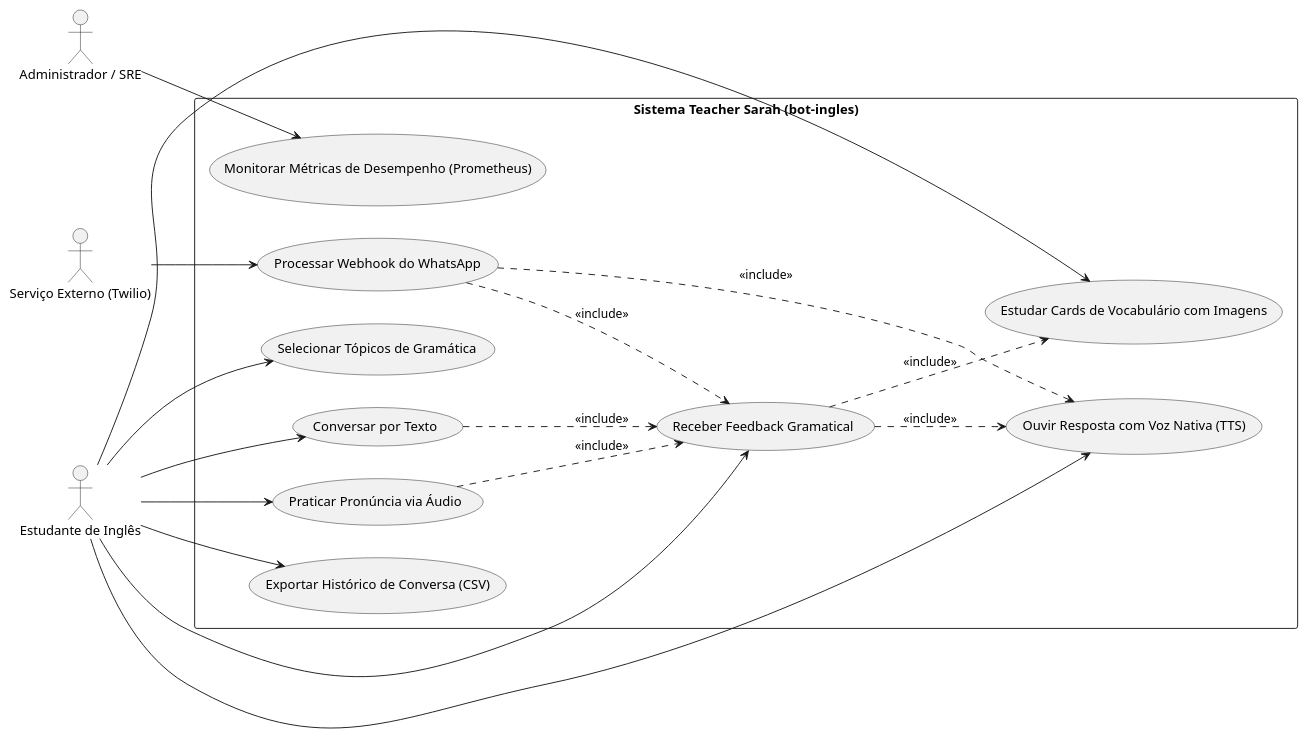
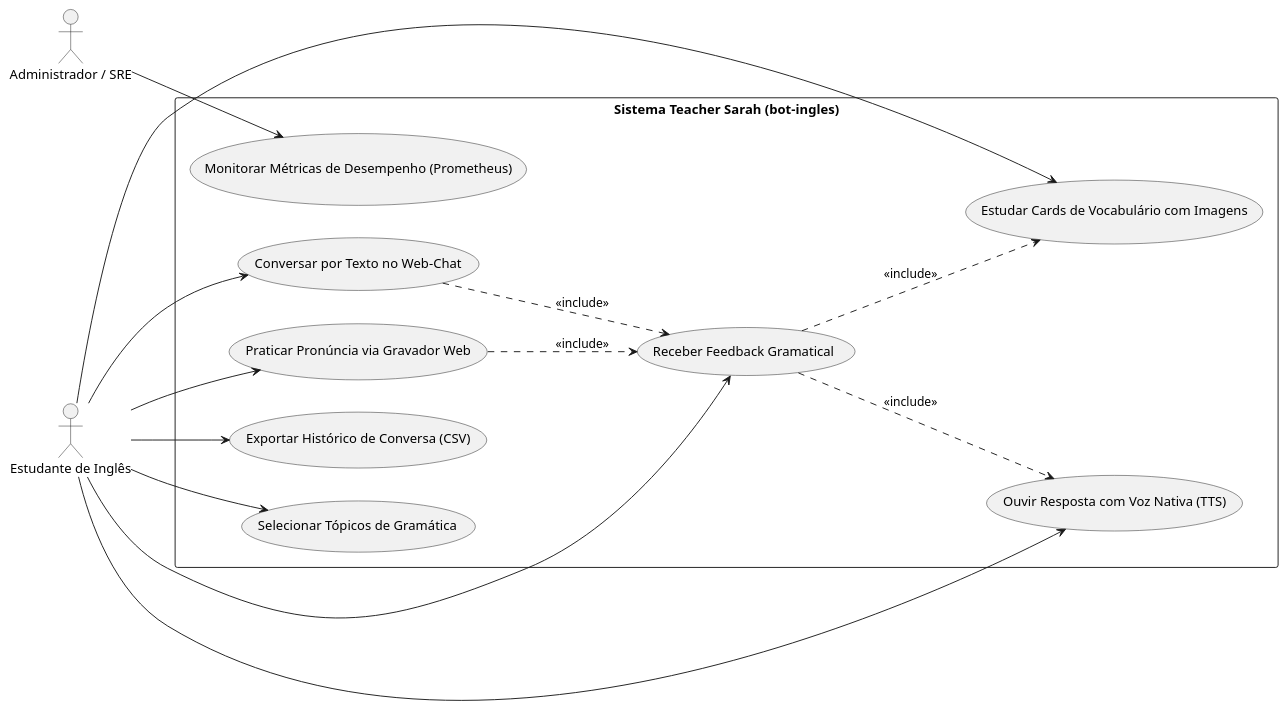
One commit to MATHEUS111JUNDIAI/bot-ingles changed the second of 9 diagrams in docs/architecture.md. Above: the diagram before and after it, drawn with PlantUML. The commit also changed other lines of this file and 11 other files, not shown here.

Commit message:
refactor: remove legacy whatsapp twilio code and update diagrams to 100% web architecture

````diff
--- a/docs/architecture.md
+++ b/docs/architecture.md
@@ -77,42 +76,36 @@
 ```plantuml
 @startuml Use_Case_Diagram_Teacher_Sarah
 left to right direction
 skinparam packageStyle rectangle
 
 actor "Estudante de Inglês" as Student
 actor "Administrador / SRE" as Admin
-actor "Serviço Externo (Twilio)" as Twilio
 
 rectangle "Sistema Teacher Sarah (bot-ingles)" {
-    usecase "Conversar por Texto" as UC_Text
-    usecase "Praticar Pronúncia via Áudio" as UC_Audio
+    usecase "Conversar por Texto no Web-Chat" as UC_Text
+    usecase "Praticar Pronúncia via Gravador Web" as UC_Audio
     usecase "Receber Feedback Gramatical" as UC_Grammar
     usecase "Estudar Cards de Vocabulário com Imagens" as UC_Vocab
     usecase "Ouvir Resposta com Voz Nativa (TTS)" as UC_TTS
     usecase "Exportar Histórico de Conversa (CSV)" as UC_Export
     usecase "Selecionar Tópicos de Gramática" as UC_Topics
     usecase "Monitorar Métricas de Desempenho (Prometheus)" as UC_Metrics
-    usecase "Processar Webhook do WhatsApp" as UC_WhatsApp
 }
 
 Student --> UC_Text
 Student --> UC_Audio
 Student --> UC_Grammar
 Student --> UC_Vocab
 Student --> UC_TTS
 Student --> UC_Export
 Student --> UC_Topics
 
-Twilio --> UC_WhatsApp
-UC_WhatsApp ..> UC_Grammar : <<include>>
-UC_WhatsApp ..> UC_TTS : <<include>>
-
 Admin --> UC_Metrics
 
 UC_Text ..> UC_Grammar : <<include>>
 UC_Audio ..> UC_Grammar : <<include>>
 UC_Grammar ..> UC_Vocab : <<include>>
 UC_Grammar ..> UC_TTS : <<include>>
 
 @enduml
 ```
````
